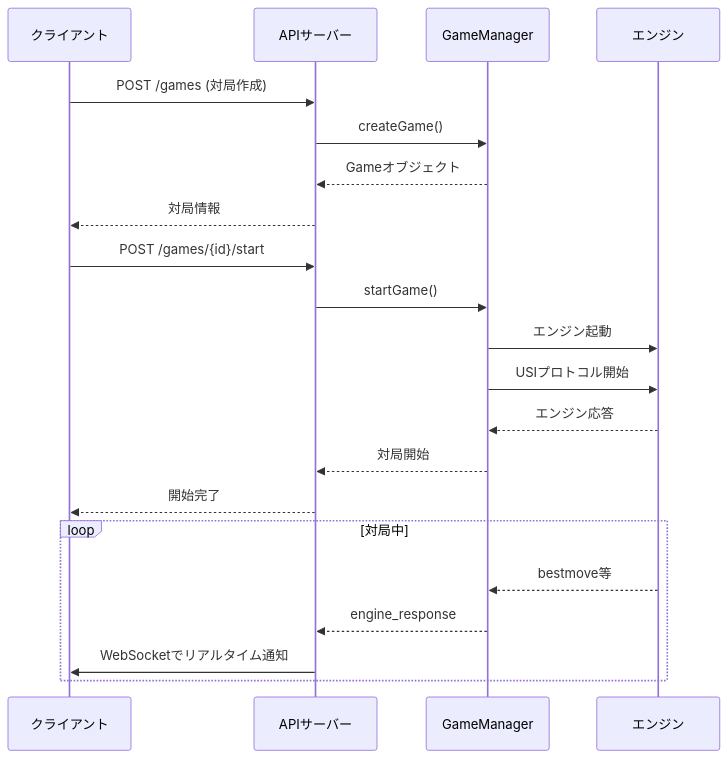
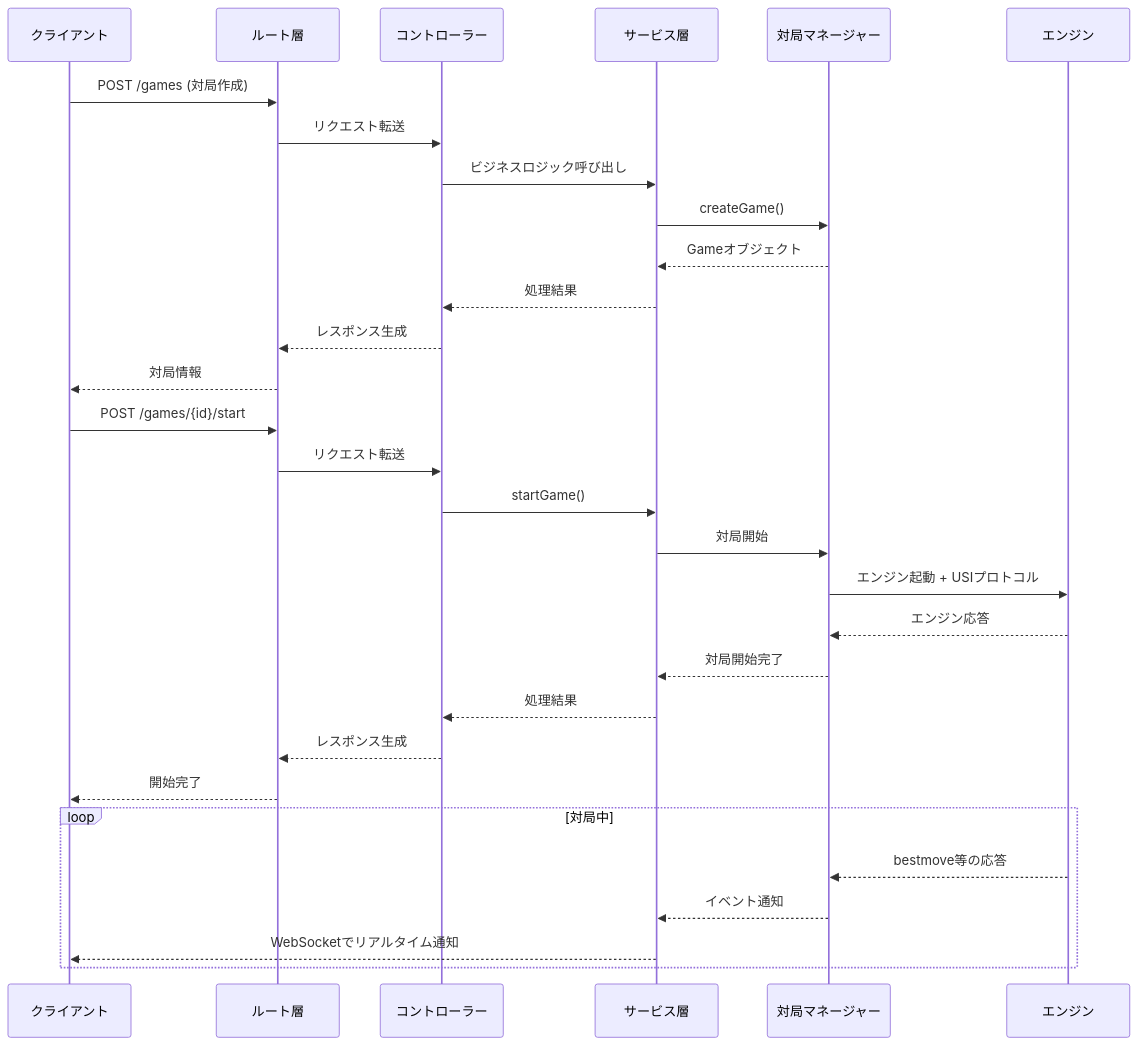
The second of 2 diagrams in client/docs/api.md (tora-tora-tiger/mics2-1d), drawn with Mermaid before and after one commit. The commit also changed other lines of this file and 5 other files, not shown here.

````diff
--- a/client/docs/api.md
+++ b/client/docs/api.md
@@ -28,26 +43,35 @@
 ```mermaid
 sequenceDiagram
     participant C as クライアント
-    participant A as APIサーバー
-    participant G as GameManager
+    participant R as ルート層
+    participant Ctrl as コントローラー
+    participant S as サービス層
+    participant G as 対局マネージャー
     participant E as エンジン
 
-    C->>A: POST /games (対局作成)
-    A->>G: createGame()
-    G-->>A: Gameオブジェクト
-    A-->>C: 対局情報
+    C->>R: POST /games (対局作成)
+    R->>Ctrl: リクエスト転送
+    Ctrl->>S: ビジネスロジック呼び出し
+    S->>G: createGame()
+    G-->>S: Gameオブジェクト
+    S-->>Ctrl: 処理結果
+    Ctrl-->>R: レスポンス生成
+    R-->>C: 対局情報
 
-    C->>A: POST /games/{id}/start
-    A->>G: startGame()
-    G->>E: エンジン起動
-    G->>E: USIプロトコル開始
+    C->>R: POST /games/{id}/start
+    R->>Ctrl: リクエスト転送
+    Ctrl->>S: startGame()
+    S->>G: 対局開始
+    G->>E: エンジン起動 + USIプロトコル
     E-->>G: エンジン応答
-    G-->>A: 対局開始
-    A-->>C: 開始完了
+    G-->>S: 対局開始完了
+    S-->>Ctrl: 処理結果
+    Ctrl-->>R: レスポンス生成
+    R-->>C: 開始完了
 
     loop 対局中
-        E-->>G: bestmove等
-        G-->>A: engine_response
-        A->>C: WebSocketでリアルタイム通知
+        E-->>G: bestmove等の応答
+        G-->>S: イベント通知
+        S-->>C: WebSocketでリアルタイム通知
     end
 ```
````
